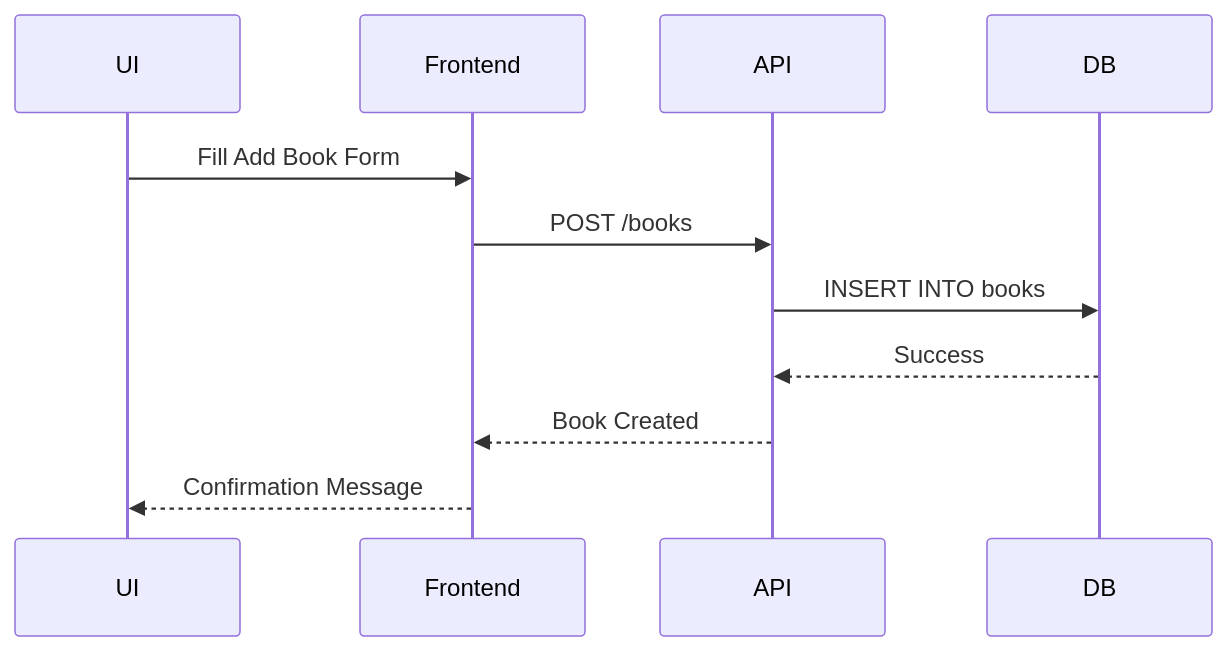
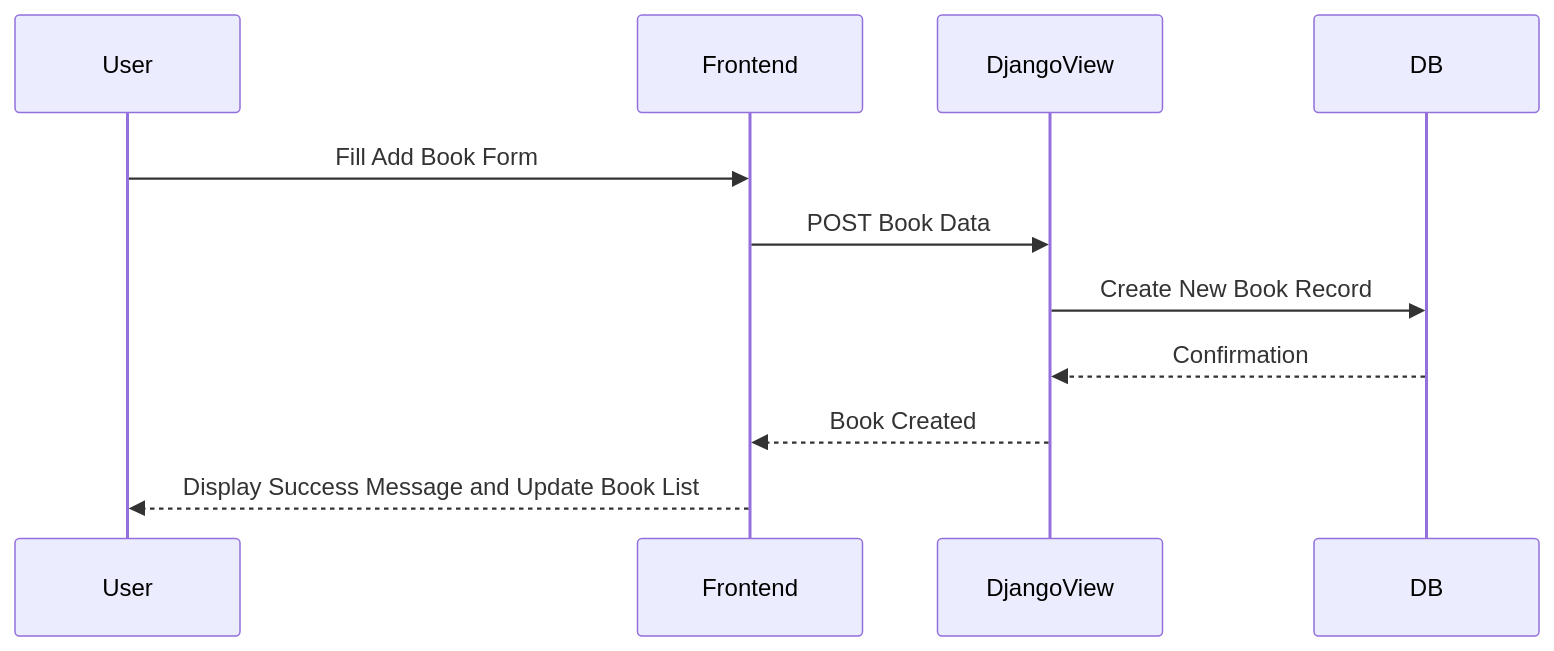
One commit to JorreJ/holbertonschool-portfolio changed the second of 4 diagrams in README.md. Above: the diagram before and after it, drawn with Mermaid. The commit also changed other lines of this file, not shown here.

````diff
--- a/README.md
+++ b/README.md
@@ -84,14 +79,14 @@
 ```mermaid
 sequenceDiagram
-  participant UI
+  participant User
   participant Frontend
-  participant API
+  participant DjangoView
   participant DB
 
-  UI->>Frontend: Fill Add Book Form
-  Frontend->>API: POST /books
-  API->>DB: INSERT INTO books
-  DB-->>API: Success
-  API-->>Frontend: Book Created
-  Frontend-->>UI: Confirmation Message
+  User->>Frontend: Fill Add Book Form
+  Frontend->>DjangoView: POST Book Data
+  DjangoView->>DB: Create New Book Record
+  DB-->>DjangoView: Confirmation
+  DjangoView-->>Frontend: Book Created
+  Frontend-->>User: Display Success Message and Update Book List
 ```
````
